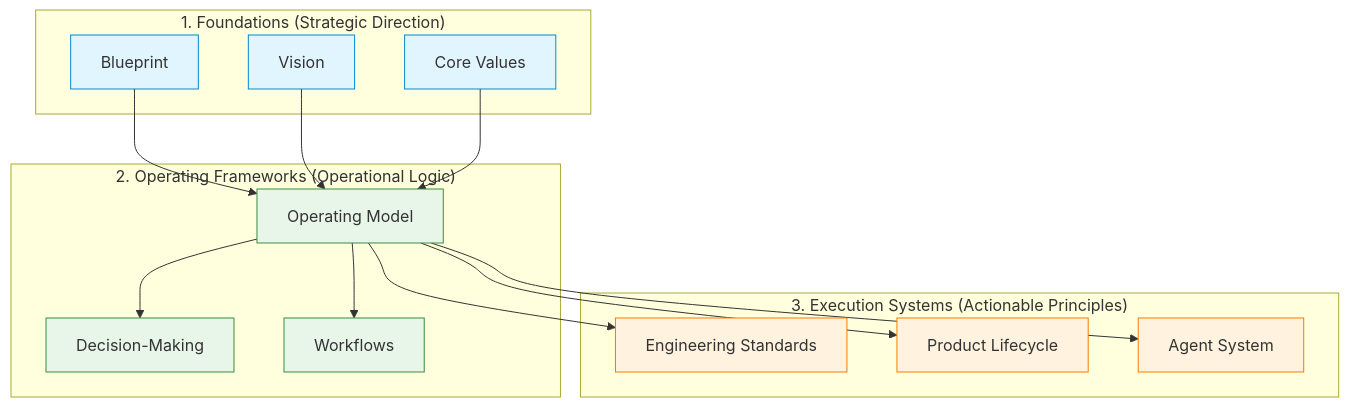
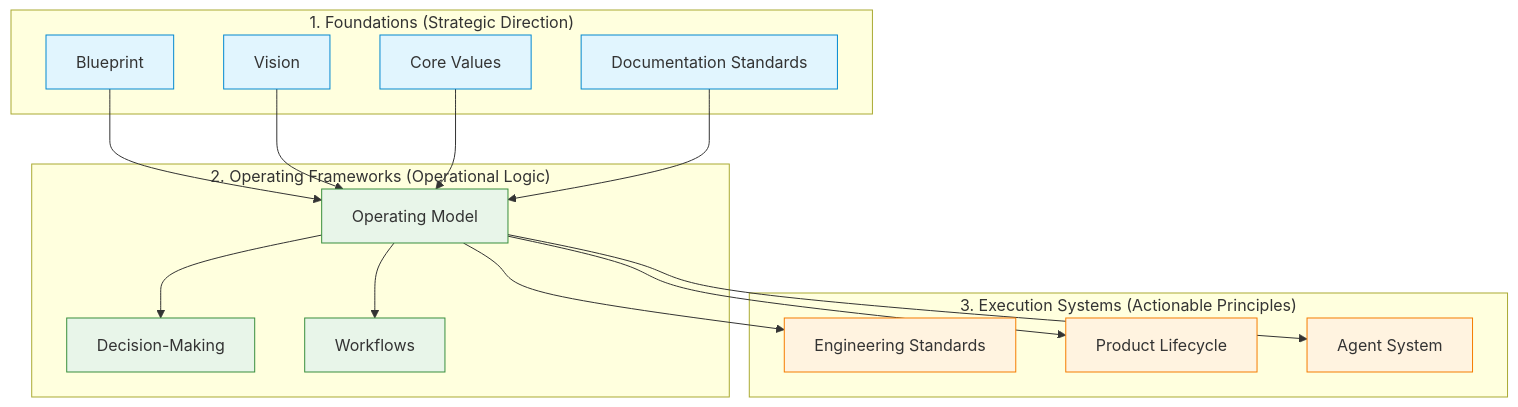
The diagram in docs/README.md (vectorlabs-studio/vectorlabs-studio), drawn with Mermaid before and after one commit. The commit also changed other lines of this file, not shown here.

Commit message:
docs: include DOCUMENTATION_STANDARDS.md in handbook README

````diff
--- a/docs/README.md
+++ b/docs/README.md
@@ -23,34 +23,36 @@
 ```mermaid
 graph TD
     classDef default fill:#f9f9f9,stroke:#333,stroke-width:1px;
     classDef foundation fill:#e1f5fe,stroke:#0288d1,stroke-width:1px;
     classDef framework fill:#e8f5e9,stroke:#388e3c,stroke-width:1px;
     classDef execution fill:#fff3e0,stroke:#f57c00,stroke-width:1px;
 
     subgraph Foundations ["1. Foundations (Strategic Direction)"]
         blueprint["Blueprint"]:::foundation
         vision["Vision"]:::foundation
         values["Core Values"]:::foundation
+        doc_standards["Documentation Standards"]:::foundation
     end
 
     subgraph Frameworks ["2. Operating Frameworks (Operational Logic)"]
         op_model["Operating Model"]:::framework
         dec_making["Decision-Making"]:::framework
         workflows["Workflows"]:::framework
     end
 
     subgraph Execution ["3. Execution Systems (Actionable Principles)"]
         eng_standards["Engineering Standards"]:::execution
         lifecycle["Product Lifecycle"]:::execution
         agents["Agent System"]:::execution
     end
 
     blueprint --> op_model
     vision --> op_model
     values --> op_model
+    doc_standards --> op_model
     op_model --> dec_making
     op_model --> workflows
     op_model --> eng_standards
     op_model --> lifecycle
     op_model --> agents
 ```
````
